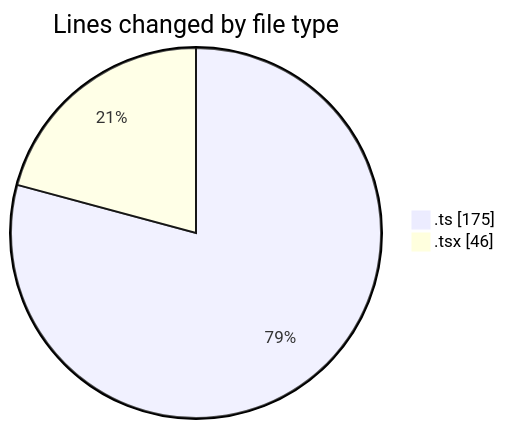
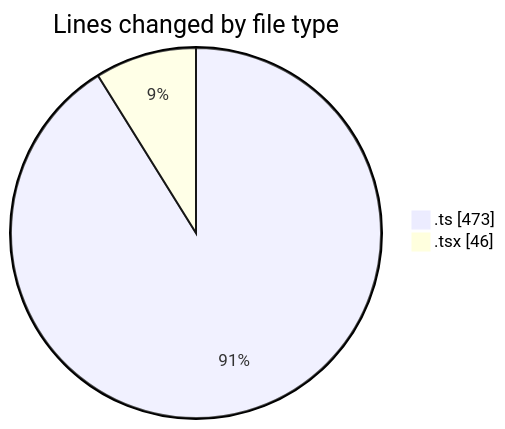
One commit to julien-gomy/code-tracking changed the first of 2 diagrams in 2025-11-26/eventscop-frontend-guide__workspace_/README.md. Above: the diagram before and after it, drawn with Mermaid. The commit also changed other lines of this file and 1 other file, not shown here.

````diff
--- a/2025-11-26/eventscop-frontend-guide__workspace_/README.md
+++ b/2025-11-26/eventscop-frontend-guide__workspace_/README.md
@@ -22,6 +24,6 @@
 ```mermaid
 pie showData
 title Lines changed by file type
-".ts" : 175
+".ts" : 473
 ".tsx" : 46
 ```
````
